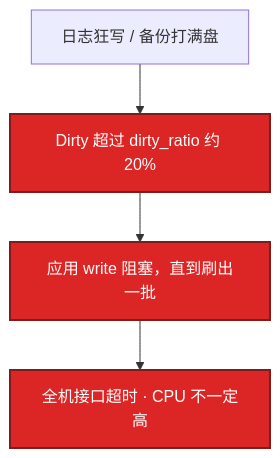
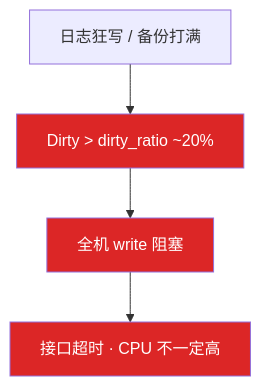
The fourth of 6 diagrams in 02-基础底座/05-磁盘与IO/知识点.md (ml-cuizijun/LearnToLilith), drawn with Mermaid before and after one commit. The commit also changed other lines of this file and 213 other files, not shown here.

````diff
--- a/02-基础底座/05-磁盘与IO/知识点.md
+++ b/02-基础底座/05-磁盘与IO/知识点.md
@@ -172,9 +157,9 @@
 ```mermaid
 flowchart TB
-    A[日志狂写 / 备份打满盘] --> B["Dirty 超过 dirty_ratio 约 20%"]
-    B --> C["应用 write 阻塞，直到刷出一批"]
-    C --> D[全机接口超时 · CPU 不一定高]
+    A[日志狂写 / 备份打满] --> B["Dirty > dirty_ratio ~20%"]
+    B --> C[全机 write 阻塞]
+    C --> D[接口超时 · CPU 不一定高]
 
-    classDef bad fill:#DC2626,stroke:#7F1D1D,stroke-width:2px,color:#fff
+    classDef bad fill:#DC2626,color:#fff
     class B,C,D bad
 ```
````
